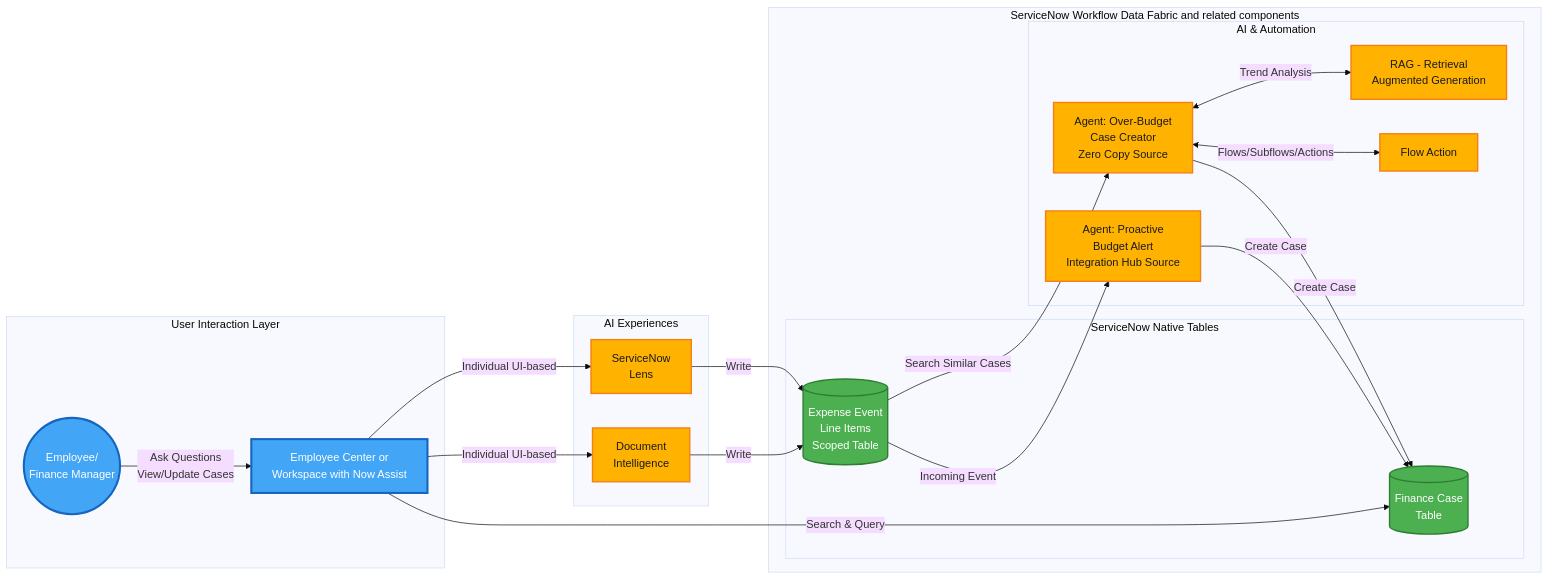
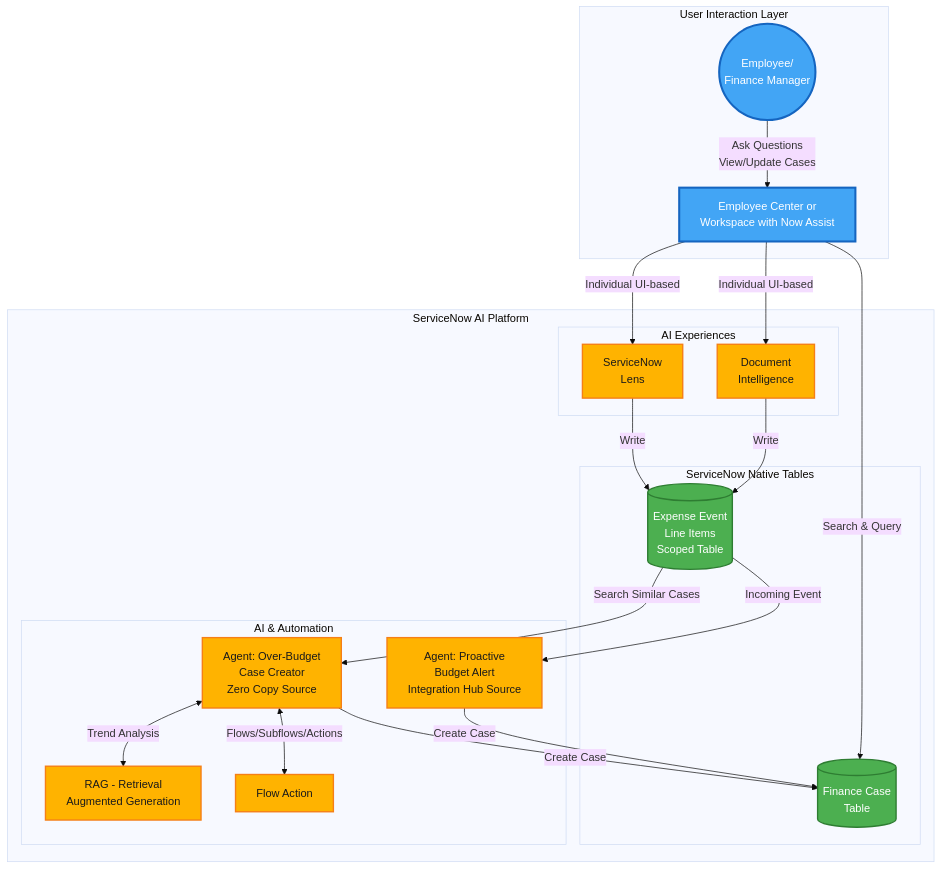
One commit to leojacinto/WorkflowDataFabric-TypeA changed the diagram in extended-exercises/lab-exercise-servicenow-lens-and-document-intelligence.md. Above: the diagram before and after it, drawn with Mermaid (base theme). The commit also changed 5 other files, not shown here.

````diff
--- a/extended-exercises/lab-exercise-servicenow-lens-and-document-intelligence.md
+++ b/extended-exercises/lab-exercise-servicenow-lens-and-document-intelligence.md
@@ -21,63 +21,59 @@
 ```mermaid
-graph LR
+graph TB
     subgraph "User Interaction Layer"
         Employee((Employee/<br/>Finance Manager))
         EC[Employee Center or<br/>Workspace with Now Assist]
     end
 
-
-
-    subgraph "AI Experiences"
-        Lens["ServiceNow</br>Lens"]
-        DocIntel["Document</br>Intelligence"]
-    end
-
-    subgraph "ServiceNow Workflow Data Fabric and related components"
-
+    subgraph "ServiceNow AI Platform"
         subgraph "ServiceNow Native Tables"
             ExpenseTable[(Expense Event<br/>Line Items<br/>Scoped Table)]
             FinCase[(Finance Case<br/>Table)]
         end
 
         subgraph "AI & Automation"
             Agent1[Agent: Over-Budget<br/>Case Creator<br/>Zero Copy Source]
             Agent2[Agent: Proactive<br/>Budget Alert<br/>Integration Hub Source]
             RAG[RAG - Retrieval<br/>Augmented Generation]
             FlowAction[Flow Action]
+        end
+        subgraph "AI Experiences"
+            Lens["ServiceNow</br>Lens"]
+            DocIntel["Document</br>Intelligence"]
         end
     end
 
 
     %% Data Flow Connections
     EC -->|Individual UI-based| Lens -->|Write| ExpenseTable
     EC -->|Individual UI-based| DocIntel -->|Write| ExpenseTable
 
     %% Agent 1 Workflow - Zero Copy Source
     ExpenseTable -->|Search Similar Cases| Agent1
     Agent1 -->|Create Case| FinCase
     Agent1 <-->|Trend Analysis| RAG
     Agent1 <-->|Flows/Subflows/Actions| FlowAction
 
     %% Agent 2 Workflow - Integration Hub Source
     ExpenseTable -->|Incoming Event| Agent2
     Agent2 -->|Create Case| FinCase
 
     %% User Interaction Connections
     Employee -->|Ask Questions<br/>View/Update Cases| EC
     EC -->|Search & Query| FinCase
 
 
     %% Styling
     classDef external fill:#2196F3,stroke:#1565C0,stroke-width:2px,color:#fff
     classDef integration fill:#FF9800,stroke:#E65100,stroke-width:2px,color:#fff
     classDef zeroCopy fill:#9C27B0,stroke:#6A1B9A,stroke-width:2px,color:#fff
     classDef native fill:#4CAF50,stroke:#2E7D32,stroke-width:2px,color:#fff
     classDef ai fill:#FFB300,stroke:#F57F17,stroke-width:2px,color:#1a1a1a
     classDef user fill:#42A5F5,stroke:#1565C0,stroke-width:3px,color:#fff
 
     class ERP,ExpenseAPI,SharePoint,CDW,MockERP,MockExpense external
     class ZeroCopySQL,ZeroCopyERP,IntHub,ExtContent integration
     class ExpenseTable,FinCase,FinVar native
     class Agent1,Agent2,RAG,NASK,FlowAction,MCP,GGraph,NLQuery,Lens,DocIntel ai
     class Employee,EC user
 ```
````
